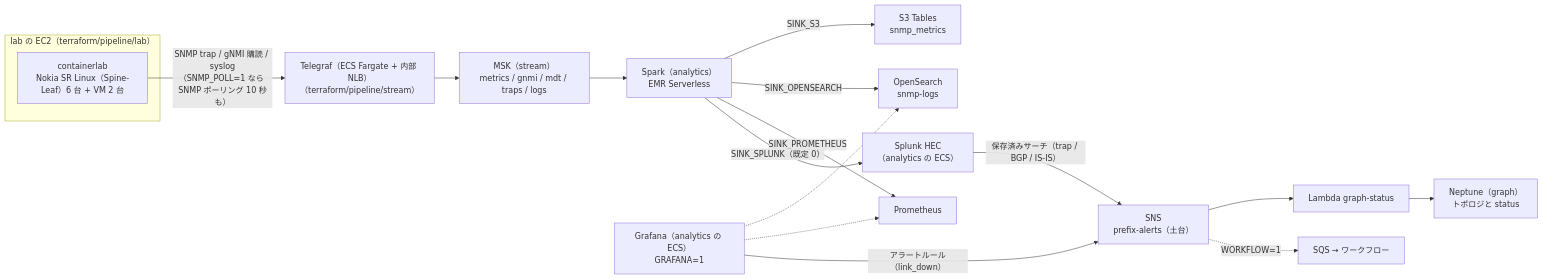
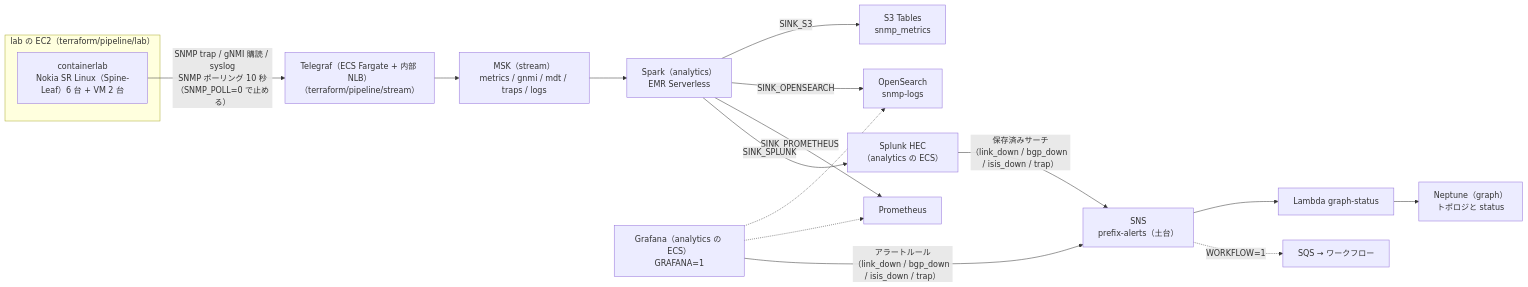
Before and after one commit to eddie-eights/nwc-poc: the first of 2 diagrams in docs/pipeline.md, drawn with Mermaid. The commit also changed other lines of this file and 7 other files, not shown here.

````diff
--- a/docs/pipeline.md
+++ b/docs/pipeline.md
@@ -7,19 +7,19 @@
 ```mermaid
 flowchart LR
   subgraph LABEC2["lab の EC2（terraform/pipeline/lab）"]
     CLAB["containerlab<br/>Nokia SR Linux（Spine-Leaf）6 台 + VM 2 台"]
   end
-  CLAB -->|"SNMP trap / gNMI 購読 / syslog<br/>（SNMP_POLL=1 なら SNMP ポーリング 10 秒も）"| TG["Telegraf（ECS Fargate + 内部 NLB）<br/>（terraform/pipeline/stream）"]
+  CLAB -->|"SNMP trap / gNMI 購読 / syslog<br/>SNMP ポーリング 10 秒（SNMP_POLL=0 で止める）"| TG["Telegraf（ECS Fargate + 内部 NLB）<br/>（terraform/pipeline/stream）"]
   TG --> MSK["MSK（stream）<br/>metrics / gnmi / mdt / traps / logs"]
   MSK --> SPARK["Spark（analytics）<br/>EMR Serverless"]
   SPARK -->|"SINK_S3"| ICE["S3 Tables<br/>snmp_metrics"]
   SPARK -->|"SINK_OPENSEARCH"| OS["OpenSearch<br/>snmp-logs"]
   SPARK -->|"SINK_PROMETHEUS"| PROM["Prometheus"]
-  SPARK -->|"SINK_SPLUNK（既定 0）"| SPL["Splunk HEC<br/>（analytics の ECS）"]
+  SPARK -->|"SINK_SPLUNK"| SPL["Splunk HEC<br/>（analytics の ECS）"]
   GRAF["Grafana（analytics の ECS）<br/>GRAFANA=1"] -.-> OS
   GRAF -.-> PROM
-  GRAF -->|"アラートルール（link_down）"| SNS["SNS<br/>prefix-alerts（土台）"]
-  SPL -->|"保存済みサーチ（trap / BGP / IS-IS）"| SNS
+  GRAF -->|"アラートルール<br/>（link_down / bgp_down / isis_down / trap）"| SNS["SNS<br/>prefix-alerts（土台）"]
+  SPL -->|"保存済みサーチ<br/>（link_down / bgp_down / isis_down / trap）"| SNS
   SNS --> GL["Lambda graph-status"] --> NEP["Neptune（graph）<br/>トポロジと status"]
   SNS -.->|"WORKFLOW=1"| SQS["SQS → ワークフロー"]
 ```
````
